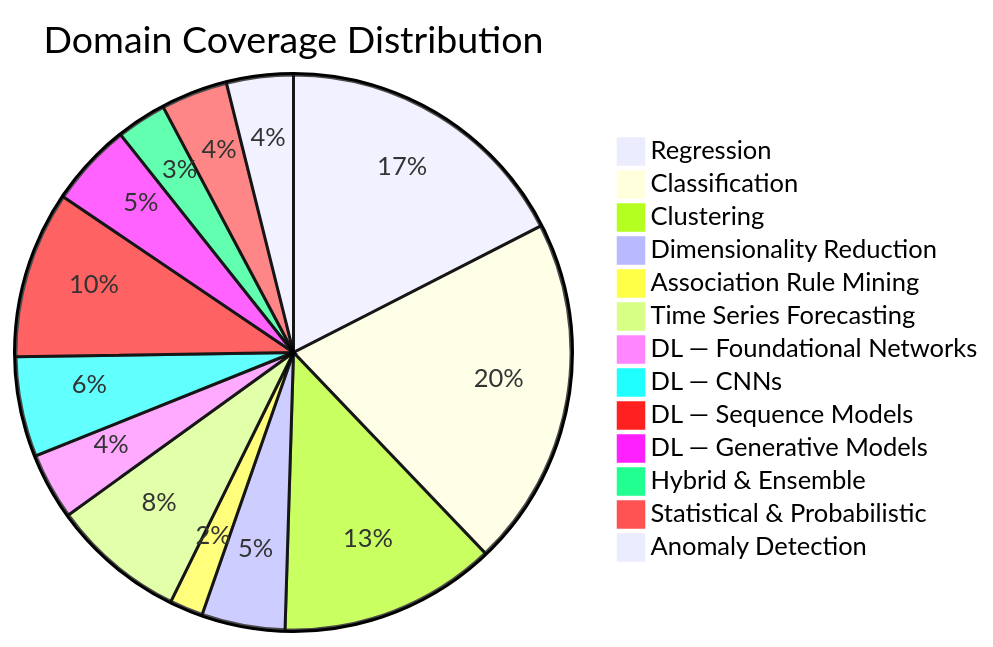
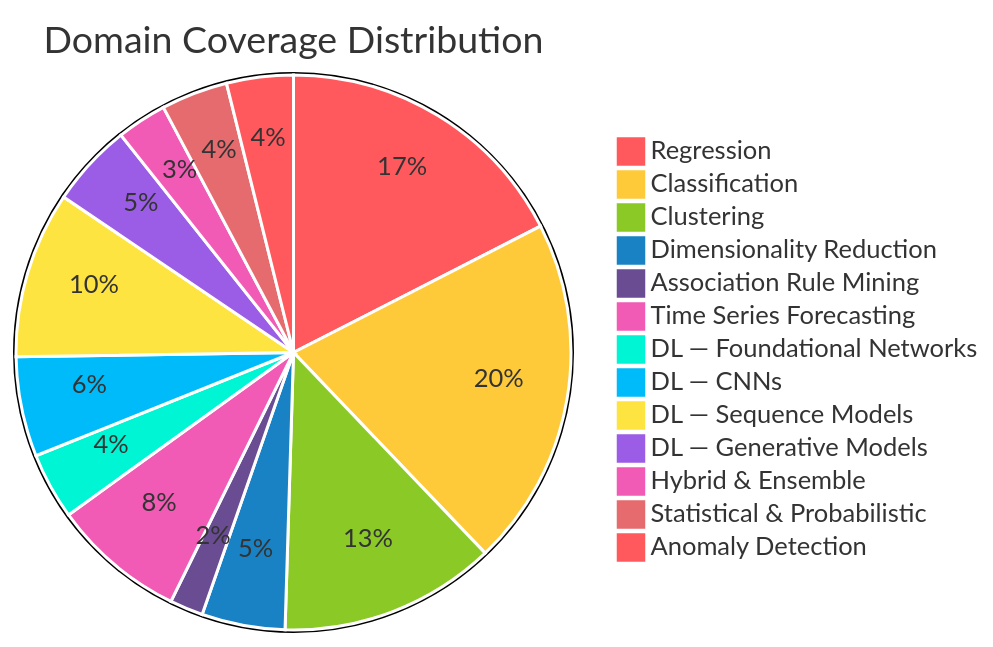
The diagram in README.md (AnshumanJ28/Janex-readme), drawn with Mermaid before and after one commit.

Commit message:
Update pie chart color scheme to be bold and vibrant

````diff
--- a/README.md
+++ b/README.md
@@ -54,16 +54,17 @@
 ```mermaid
+%%{init: {"theme": "base", "themeVariables": {"pie1": "#FF595E", "pie2": "#FFCA3A", "pie3": "#8AC926", "pie4": "#1982C4", "pie5": "#6A4C93", "pie6": "#F15BB5", "pie7": "#00F5D4", "pie8": "#00BBF9", "pie9": "#FEE440", "pie10": "#9B5DE5", "pie11": "#F15BB5", "pie12": "#E56B6F", "pieStrokeColor": "#ffffff", "pieStrokeWidth": "2px", "pieOpacity": "1.0"}}}%%
 pie title Domain Coverage Distribution
     "Regression" : 18
     "Classification" : 21
     "Clustering" : 13
     "Dimensionality Reduction" : 5
     "Association Rule Mining" : 2
     "Time Series Forecasting" : 8
     "DL — Foundational Networks" : 4
     "DL — CNNs" : 6
     "DL — Sequence Models" : 10
     "DL — Generative Models" : 5
     "Hybrid & Ensemble" : 3
     "Statistical & Probabilistic" : 4
     "Anomaly Detection" : 4
 ```
````
